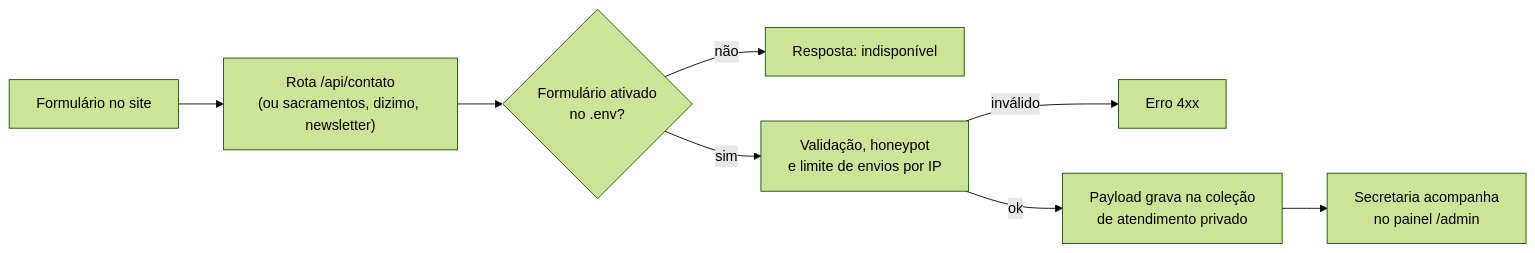
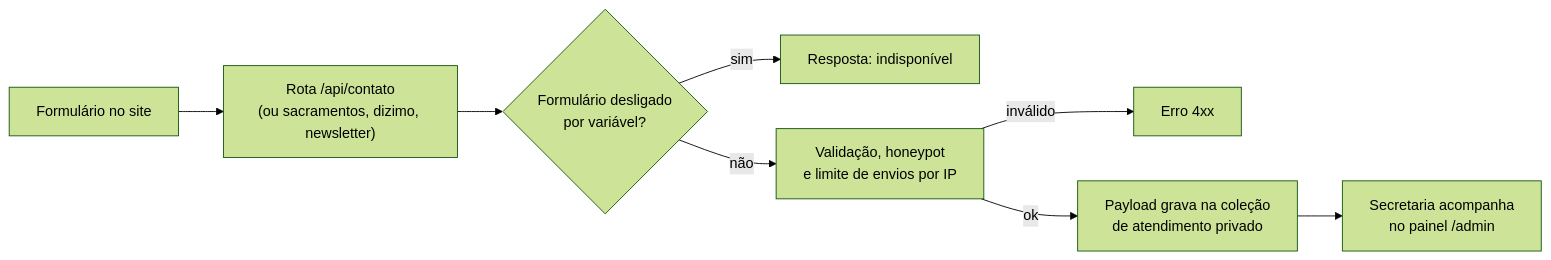
One commit to johnpaulo0602/paroquia-nossa-senhora-aparecida-jardim-inga changed the fifth of 5 diagrams in README.md. Above: the diagram before and after it, drawn with Mermaid (forest theme). The commit also changed other lines of this file and 90 other files, not shown here.

````diff
--- a/README.md
+++ b/README.md
@@ -322,10 +324,10 @@
 ```mermaid
 flowchart LR
     f["Formulário no site"] --> r["Rota /api/contato<br/>(ou sacramentos, dizimo, newsletter)"]
-    r --> c{"Formulário ativado<br/>no .env?"}
-    c -- "não" --> off["Resposta: indisponível"]
-    c -- "sim" --> v["Validação, honeypot<br/>e limite de envios por IP"]
+    r --> c{"Formulário desligado<br/>por variável?"}
+    c -- "sim" --> off["Resposta: indisponível"]
+    c -- "não" --> v["Validação, honeypot<br/>e limite de envios por IP"]
     v -- "inválido" --> err["Erro 4xx"]
     v -- "ok" --> p["Payload grava na coleção<br/>de atendimento privado"]
     p --> s["Secretaria acompanha<br/>no painel /admin"]
 ```
````
